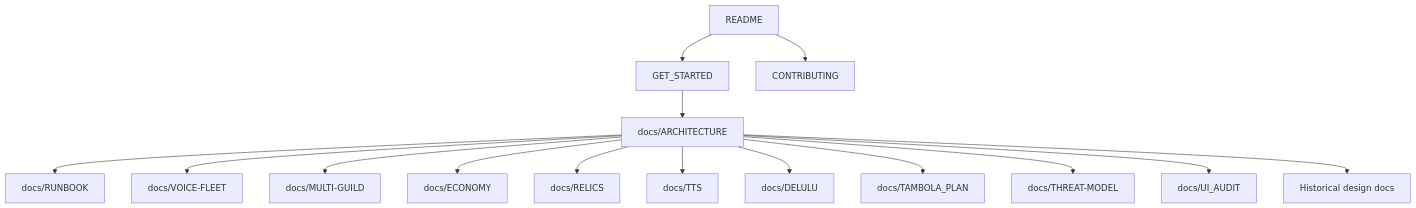
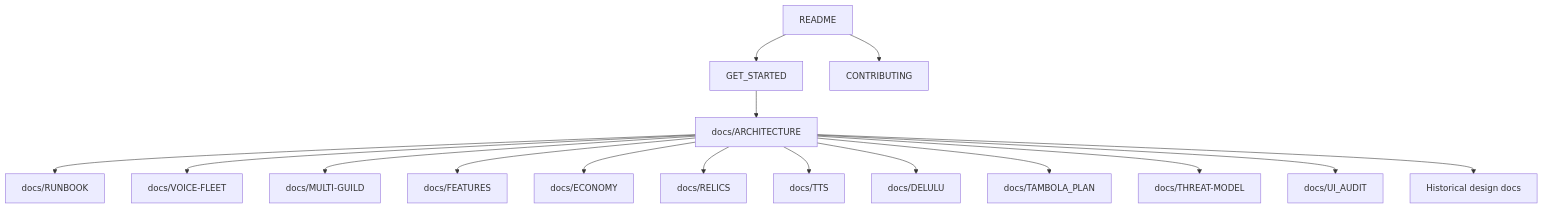
The diagram in docs/README.md (DeathSurfing/siela-bot), drawn with Mermaid before and after one commit. The commit also changed other lines of this file and 29 other files, not shown here.

````diff
--- a/docs/README.md
+++ b/docs/README.md
@@ -5,17 +5,18 @@
 ```mermaid
 flowchart TD
   START[README] --> GET[GET_STARTED]
   GET --> ARCH[docs/ARCHITECTURE]
   START --> CONTRIB[CONTRIBUTING]
   ARCH --> RUN[docs/RUNBOOK]
   ARCH --> FLEET[docs/VOICE-FLEET]
   ARCH --> MULTI[docs/MULTI-GUILD]
+  ARCH --> FLAGS[docs/FEATURES]
   ARCH --> ECON[docs/ECONOMY]
   ARCH --> RELICS[docs/RELICS]
   ARCH --> TTS[docs/TTS]
   ARCH --> DELULU[docs/DELULU]
   ARCH --> TAMBOLA[docs/TAMBOLA_PLAN]
   ARCH --> THREAT[docs/THREAT-MODEL]
   ARCH --> UI[docs/UI_AUDIT]
   ARCH --> HIST[Historical design docs]
 ```
````
